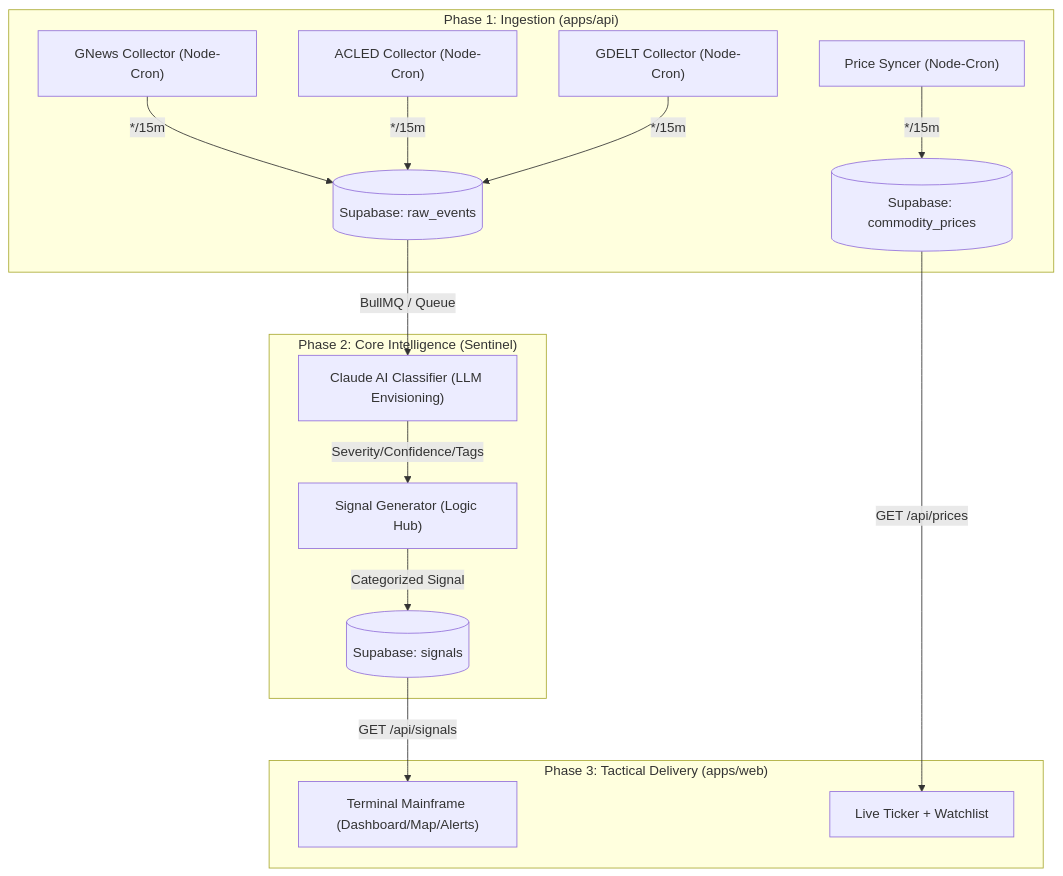
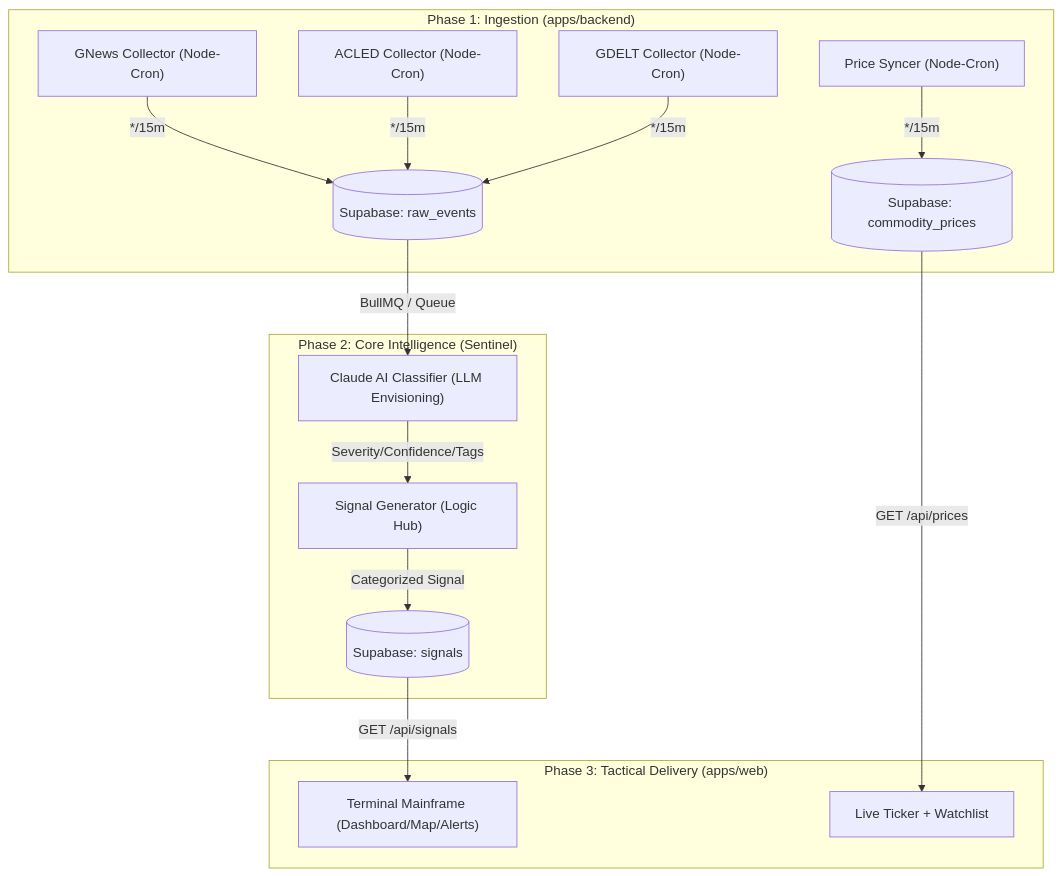
Before and after one commit to kashifnehal/bluebeaconresearch: the diagram in docs/terminal-export/api_flow_audit.md, drawn with Mermaid. The commit also changed other lines of this file and 5 other files, not shown here.

````diff
--- a/docs/terminal-export/api_flow_audit.md
+++ b/docs/terminal-export/api_flow_audit.md
@@ -5,20 +5,20 @@
 ```mermaid
 graph TD
-    subgraph "Phase 1: Ingestion (apps/api)"
+    subgraph "Phase 1: Ingestion (apps/backend)"
         A1["GNews Collector (Node-Cron)"] -->|*/15m| B[("Supabase: raw_events")]
         A2["ACLED Collector (Node-Cron)"] -->|*/15m| B
         A3["GDELT Collector (Node-Cron)"] -->|*/15m| B
         A4["Price Syncer (Node-Cron)"] -->|*/15m| C[("Supabase: commodity_prices")]
     end
 
     subgraph "Phase 2: Core Intelligence (Sentinel)"
         B -->|BullMQ / Queue| D["Claude AI Classifier (LLM Envisioning)"]
         D -->|Severity/Confidence/Tags| E["Signal Generator (Logic Hub)"]
         E -->|Categorized Signal| F[("Supabase: signals")]
     end
 
     subgraph "Phase 3: Tactical Delivery (apps/web)"
         F -->|GET /api/signals| G["Terminal Mainframe (Dashboard/Map/Alerts)"]
         C -->|GET /api/prices| H["Live Ticker + Watchlist"]
     end
 ```
````
